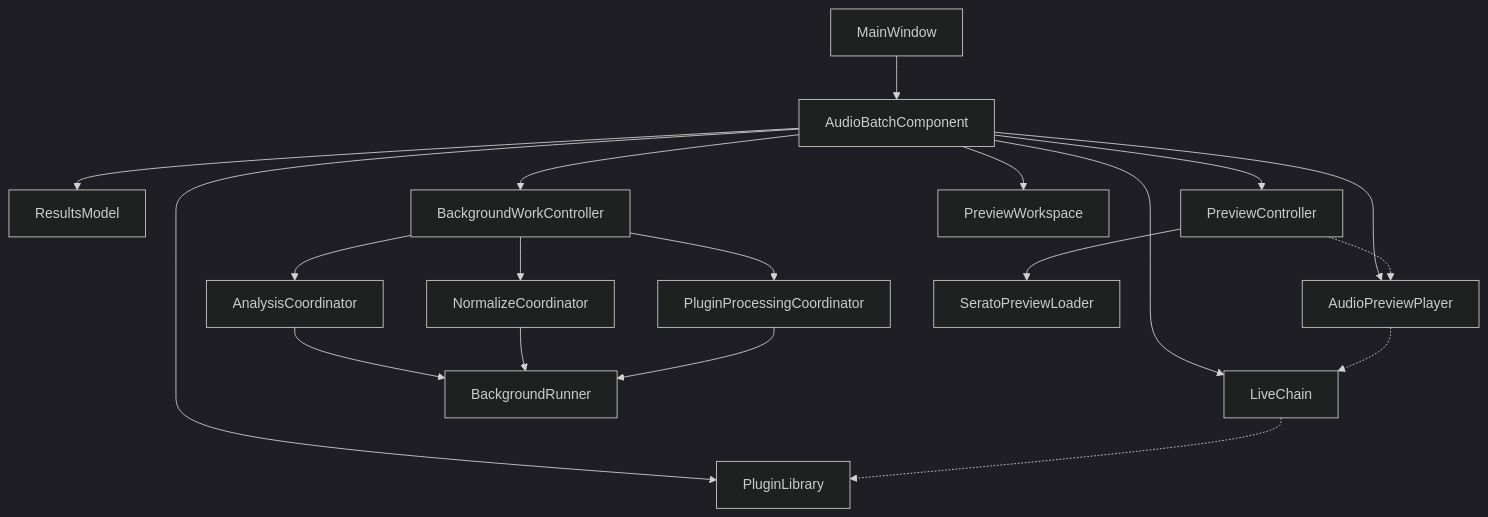
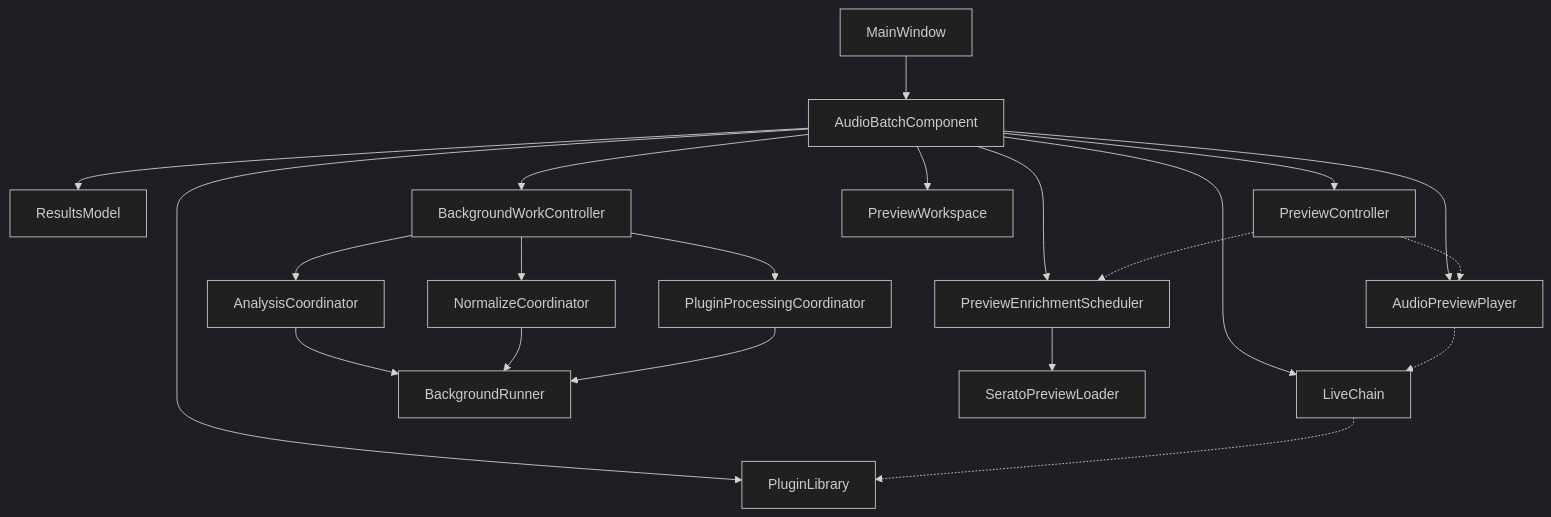
One commit to Esgrove/AudioBatch changed the second of 2 diagrams in cpp/README.md. Above: the diagram before and after it, drawn with Mermaid (dark theme). The commit also changed other lines of this file and 3 other files, not shown here.

````diff
--- a/cpp/README.md
+++ b/cpp/README.md
@@ -488,21 +492,23 @@
 ```mermaid
 flowchart TD
     MainWindow --> AudioBatchComponent
     AudioBatchComponent --> ResultsModel
     AudioBatchComponent --> PreviewController
+    AudioBatchComponent --> PreviewEnrichmentScheduler
     AudioBatchComponent --> BackgroundWorkController
     AudioBatchComponent --> PreviewWorkspace
     AudioBatchComponent --> LiveChain
     BackgroundWorkController --> AnalysisCoordinator
     BackgroundWorkController --> NormalizeCoordinator
     BackgroundWorkController --> PluginProcessingCoordinator
     AnalysisCoordinator --> BackgroundRunner
     NormalizeCoordinator --> BackgroundRunner
     PluginProcessingCoordinator --> BackgroundRunner
     AudioBatchComponent --> AudioPreviewPlayer
     PreviewController -.-> AudioPreviewPlayer
-    PreviewController --> SeratoPreviewLoader
+    PreviewController -.-> PreviewEnrichmentScheduler
+    PreviewEnrichmentScheduler --> SeratoPreviewLoader
     AudioPreviewPlayer -.-> LiveChain
     AudioBatchComponent --> PluginLibrary
     LiveChain -.-> PluginLibrary
 ```
````
